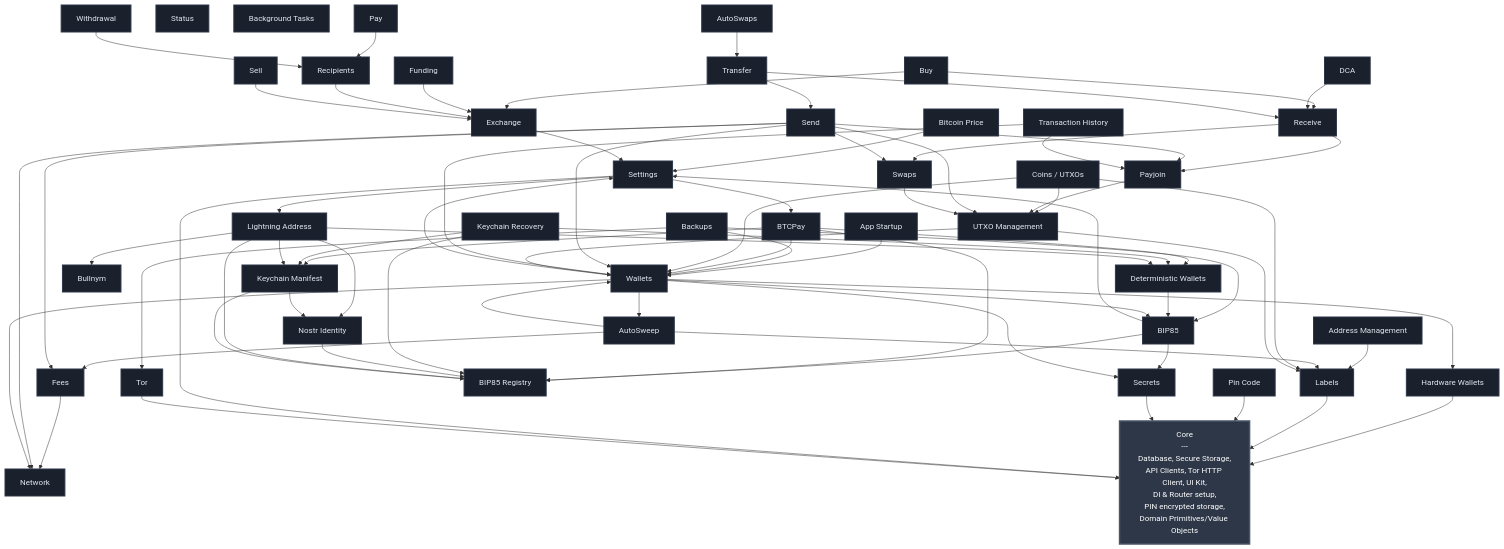
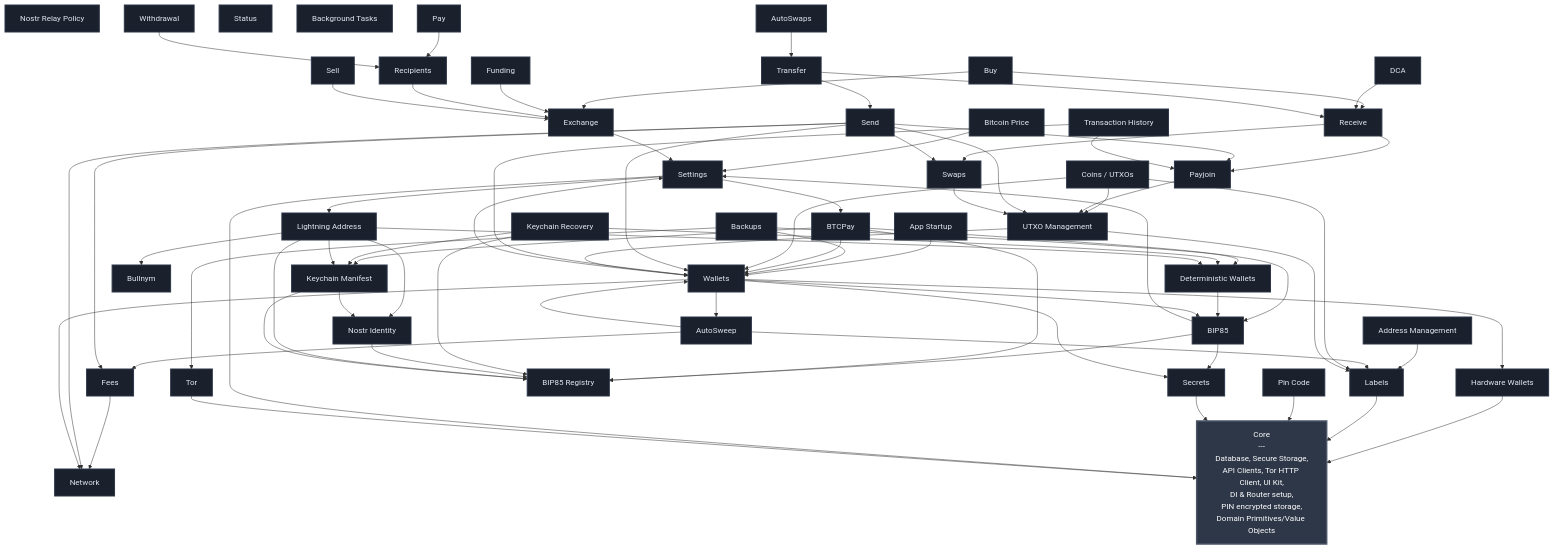
Before and after one commit to BullishNode/bullbitcoin-mobile: the diagram in FEATURES.md, drawn with Mermaid. The commit also changed 5 other files, not shown here.

Commit message:
feat(nostr_relay_policy): add default relay policy

````diff
--- a/FEATURES.md
+++ b/FEATURES.md
@@ -27,6 +27,7 @@
     KEYCHAIN_MANIFEST[Keychain Manifest]
     KEYCHAIN_RECOVERY[Keychain Recovery]
     NOSTR_IDENTITY[Nostr Identity]
+    NOSTR_RELAY_POLICY[Nostr Relay Policy]
     BULLNYM[Bullnym]
     LIGHTNING_ADDRESS[Lightning Address]
     FEES[Fees]
@@ -137,5 +138,5 @@
     classDef featureStyle fill:#1a202c,stroke:#2d3748,stroke-width:2px,color:#e2e8f0
 
     class CORE coreStyle
-    class SETTINGS,TOR,PIN_CODE,LABELS,SECRETS,HW_WALLETS,BTC_PRICE,BTCPAY,NETWORK,BIP85,BIP85_REGISTRY,DETERMINISTIC_WALLETS,KEYCHAIN_MANIFEST,KEYCHAIN_RECOVERY,NOSTR_IDENTITY,BULLNYM,LIGHTNING_ADDRESS,FEES,WALLETS,EXCHANGE,APP_STARTUP,UTXO_MGMT,ADDRESS_MGMT,RECIPIENTS,FUNDING,BACKUPS,SWAPS,PAYJOIN,WITHDRAWAL,STATUS,SEND,RECEIVE,TRANSFER,TX_HISTORY,BG_TASKS,AUTOSWAPS,AUTOSWEEP,DCA,SELL,PAY,BUY,COINS featureStyle
+    class SETTINGS,TOR,PIN_CODE,LABELS,SECRETS,HW_WALLETS,BTC_PRICE,BTCPAY,NETWORK,BIP85,BIP85_REGISTRY,DETERMINISTIC_WALLETS,KEYCHAIN_MANIFEST,KEYCHAIN_RECOVERY,NOSTR_IDENTITY,NOSTR_RELAY_POLICY,BULLNYM,LIGHTNING_ADDRESS,FEES,WALLETS,EXCHANGE,APP_STARTUP,UTXO_MGMT,ADDRESS_MGMT,RECIPIENTS,FUNDING,BACKUPS,SWAPS,PAYJOIN,WITHDRAWAL,STATUS,SEND,RECEIVE,TRANSFER,TX_HISTORY,BG_TASKS,AUTOSWAPS,AUTOSWEEP,DCA,SELL,PAY,BUY,COINS featureStyle
 ```
````
